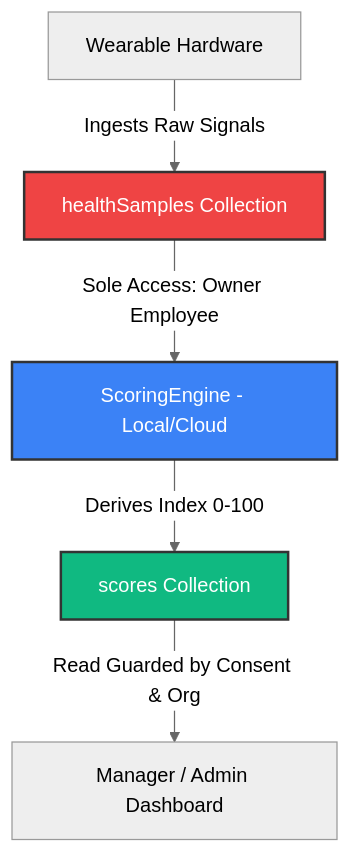
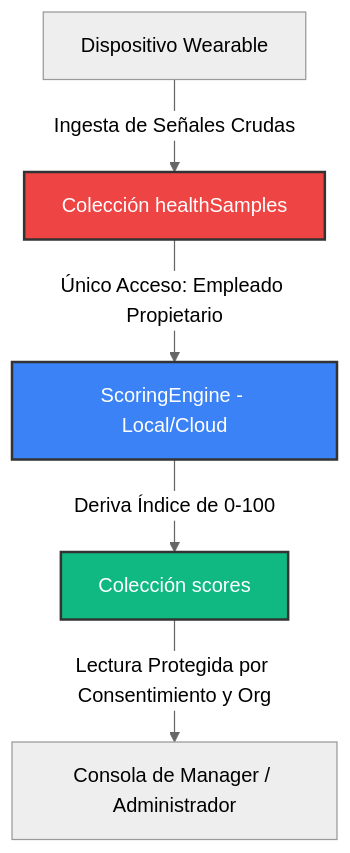
The diagram in README.md (zepolnala/burnout_meter), drawn with Mermaid (neutral theme) before and after one commit. The commit also changed other lines of this file and 2 other files, not shown here.

````diff
--- a/README.md
+++ b/README.md
@@ -20,11 +20,11 @@
 ```mermaid
 graph TD
-    Device[Wearable Hardware] -->|Ingests Raw Signals| Ingest[healthSamples Collection]
-    Ingest -->|Sole Access: Owner Employee| Scoring[ScoringEngine - Local/Cloud]
-    Scoring -->|Derives Index 0-100| Score[scores Collection]
-    Score -->|Read Guarded by Consent & Org| Dashboard[Manager / Admin Dashboard]
+    Device[Dispositivo Wearable] -->|Ingesta de Señales Crudas| Ingest[Colección healthSamples]
+    Ingest -->|Único Acceso: Empleado Propietario| Scoring[ScoringEngine - Local/Cloud]
+    Scoring -->|Deriva Índice de 0-100| Score[Colección scores]
+    Score -->|Lectura Protegida por Consentimiento y Org| Dashboard[Consola de Manager / Administrador]
     
     style Ingest fill:#ef4444,stroke:#333,stroke-width:2px,color:#fff
     style Scoring fill:#3b82f6,stroke:#333,stroke-width:2px,color:#fff
     style Score fill:#10b981,stroke:#333,stroke-width:2px,color:#fff
 ```
````
